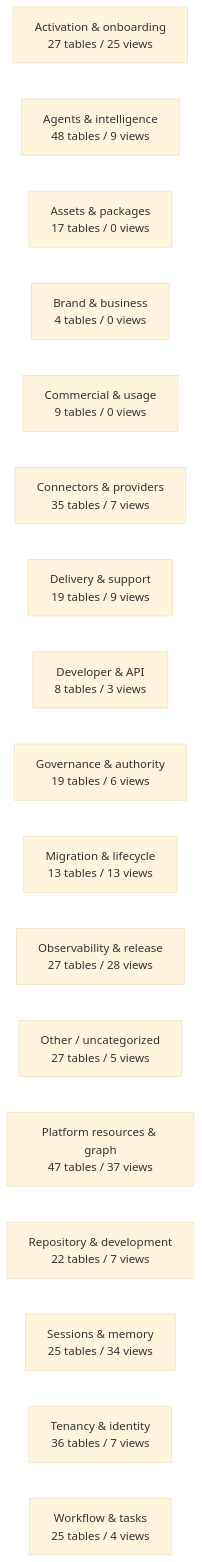
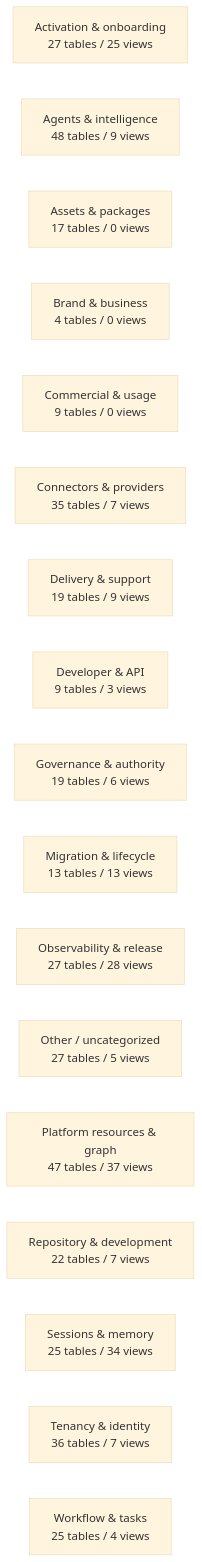
One commit to mad4bdigital-ai/multi-business-multi-role-growth-intelligence-os changed the diagram in docs/work-maps/data-model-domain-map.md. Above: the diagram before and after it, drawn with Mermaid (base theme). The commit also changed other lines of this file and 3 other files, not shown here.

````diff
--- a/docs/work-maps/data-model-domain-map.md
+++ b/docs/work-maps/data-model-domain-map.md
@@ -9,20 +9,20 @@
 ```mermaid
 flowchart LR
   n_Activation___onboarding["Activation & onboarding<br/>27 tables / 25 views"]
   n_Agents___intelligence["Agents & intelligence<br/>48 tables / 9 views"]
   n_Assets___packages["Assets & packages<br/>17 tables / 0 views"]
   n_Brand___business["Brand & business<br/>4 tables / 0 views"]
   n_Commercial___usage["Commercial & usage<br/>9 tables / 0 views"]
   n_Connectors___providers["Connectors & providers<br/>35 tables / 7 views"]
   n_Delivery___support["Delivery & support<br/>19 tables / 9 views"]
-  n_Developer___API["Developer & API<br/>8 tables / 3 views"]
+  n_Developer___API["Developer & API<br/>9 tables / 3 views"]
   n_Governance___authority["Governance & authority<br/>19 tables / 6 views"]
   n_Migration___lifecycle["Migration & lifecycle<br/>13 tables / 13 views"]
   n_Observability___release["Observability & release<br/>27 tables / 28 views"]
   n_Other___uncategorized["Other / uncategorized<br/>27 tables / 5 views"]
   n_Platform_resources___graph["Platform resources & graph<br/>47 tables / 37 views"]
   n_Repository___development["Repository & development<br/>22 tables / 7 views"]
   n_Sessions___memory["Sessions & memory<br/>25 tables / 34 views"]
   n_Tenancy___identity["Tenancy & identity<br/>36 tables / 7 views"]
   n_Workflow___tasks["Workflow & tasks<br/>25 tables / 4 views"]
 ```
````
